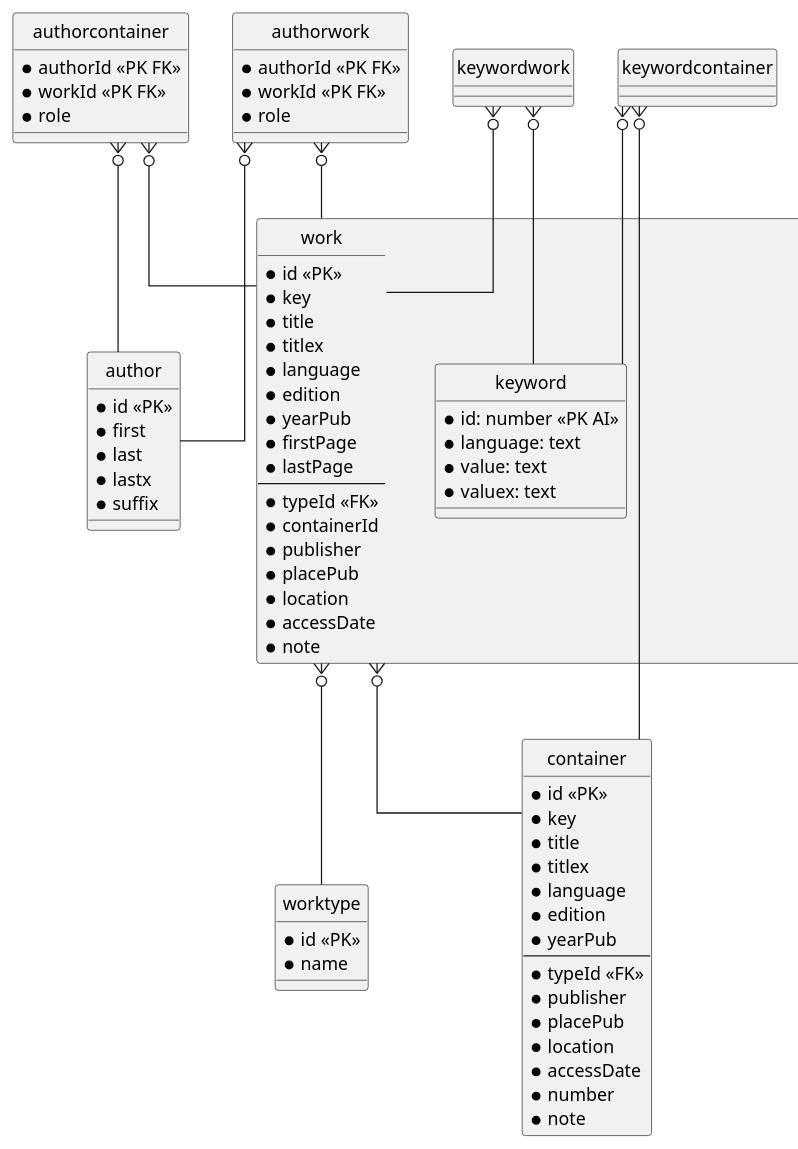
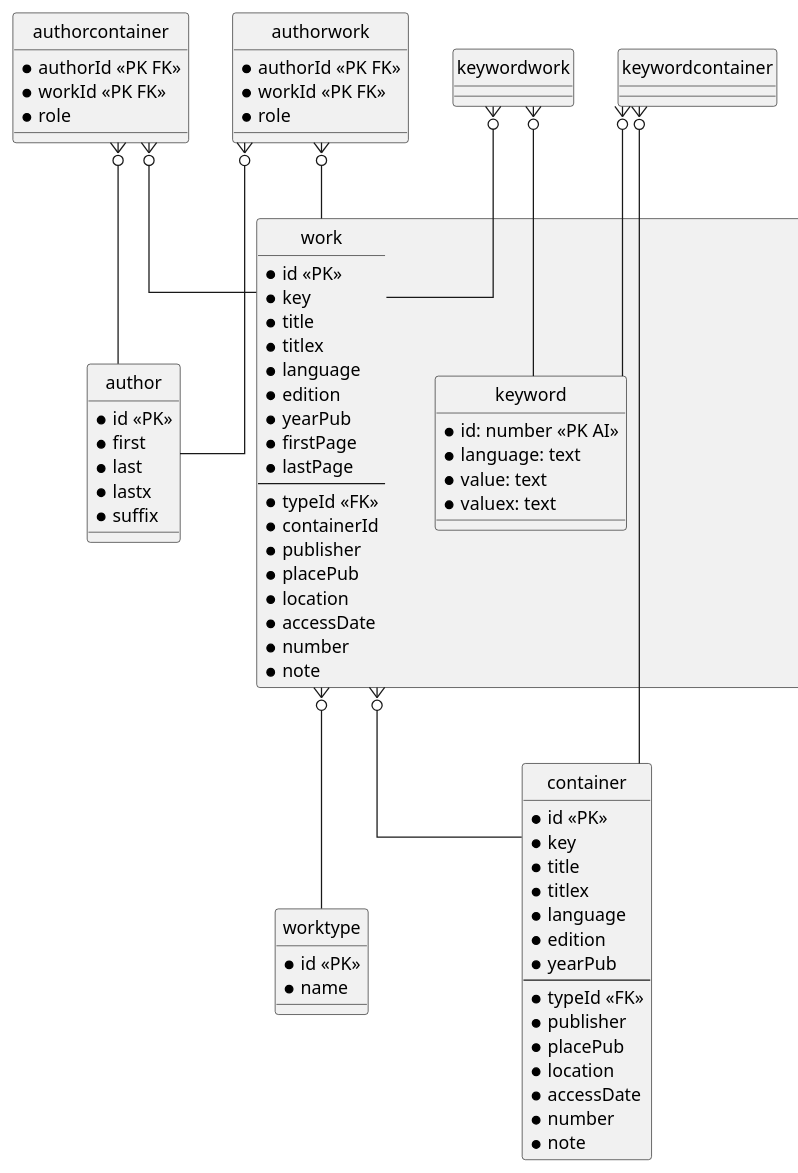
One commit to vedph/cadmus_biblioapi changed the diagram in Readme.md. Above: the diagram before and after it, drawn with PlantUML. The commit also changed other lines of this file and 12 other files, not shown here.

```diff
--- a/Readme.md
+++ b/Readme.md
@@ -85,6 +85,7 @@
     * placePub
     * location
     * accessDate
+    * number
     * note
 }
 
```
